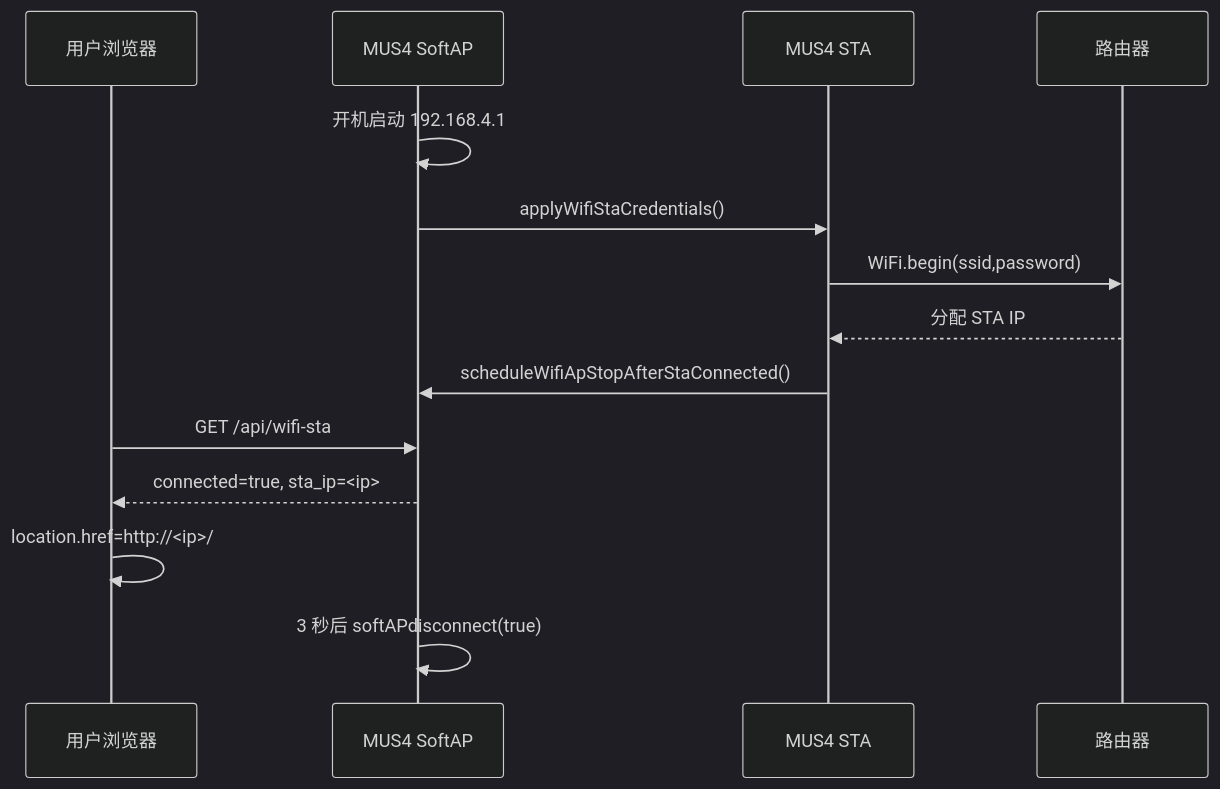
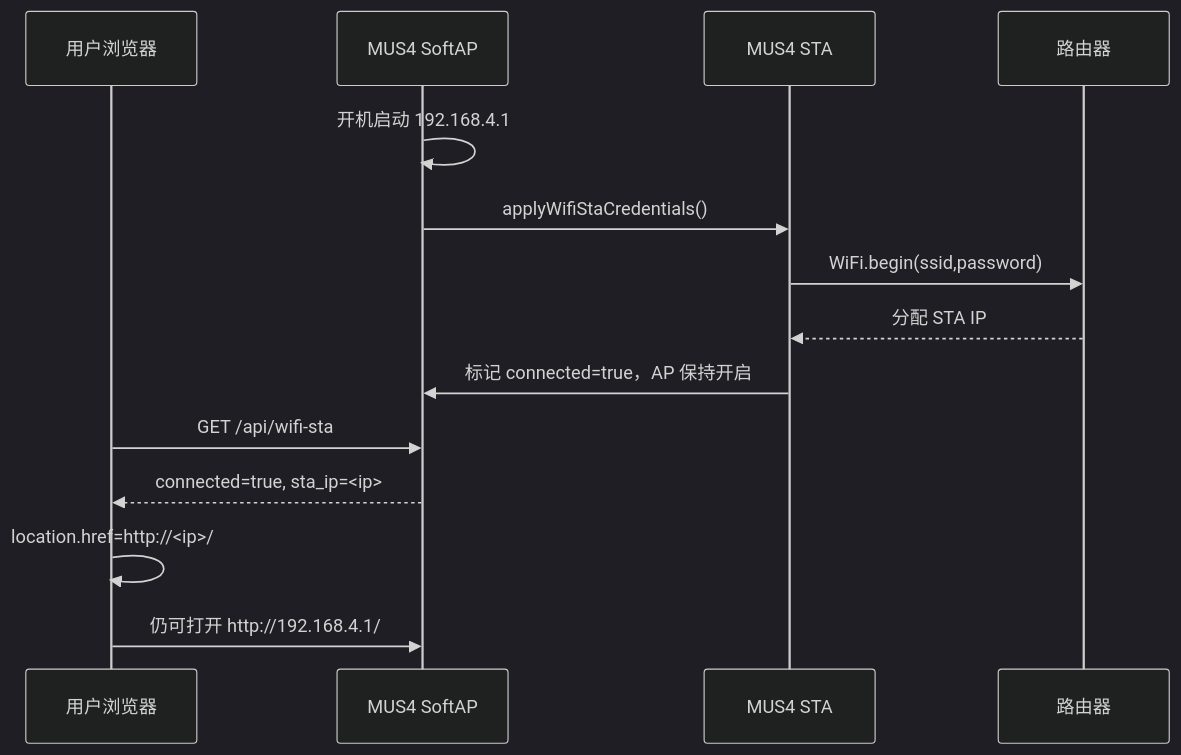
The second of 5 diagrams in Doc/Inspect/wifi-ap-sta-lifecycle-inspection.md (DonkeyDrift/Firmware), drawn with Mermaid (dark theme) before and after one commit. The commit also changed other lines of this file and 4 other files, not shown here.

````diff
--- a/Doc/Inspect/wifi-ap-sta-lifecycle-inspection.md
+++ b/Doc/Inspect/wifi-ap-sta-lifecycle-inspection.md
@@ -472,17 +450,17 @@
 ```mermaid
 sequenceDiagram
     participant U as 用户浏览器
     participant AP as MUS4 SoftAP
     participant STA as MUS4 STA
     participant R as 路由器
 
     AP->>AP: 开机启动 192.168.4.1
     AP->>STA: applyWifiStaCredentials()
     STA->>R: WiFi.begin(ssid,password)
     R-->>STA: 分配 STA IP
-    STA->>AP: scheduleWifiApStopAfterStaConnected()
+    STA->>AP: 标记 connected=true，AP 保持开启
     U->>AP: GET /api/wifi-sta
     AP-->>U: connected=true, sta_ip=<ip>
     U->>U: location.href=http://<ip>/
-    AP->>AP: 3 秒后 softAPdisconnect(true)
+    U->>AP: 仍可打开 http://192.168.4.1/
 ```
````
